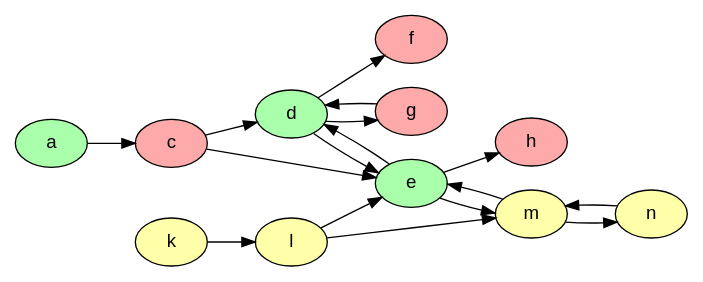
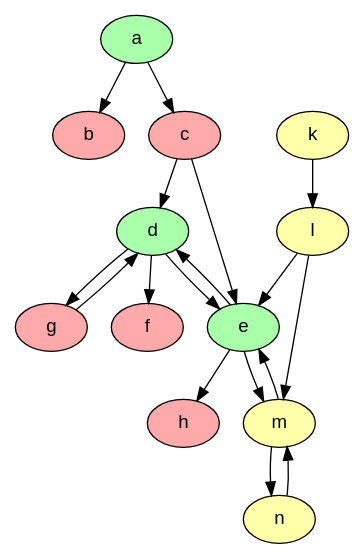
One commit to idaks/Games-and-Argumentation changed the diagram in lib/graphs/game_node_colored.dot. Above: the diagram before and after it, drawn with Graphviz. The commit also changed 26 other files, not shown here.

```diff
--- a/lib/graphs/game_node_colored.dot
+++ b/lib/graphs/game_node_colored.dot
@@ -1,23 +1,24 @@
 digraph G {
-  rankdir="LR"
+  rankdir="TB"
   node [shape=oval style=filled fontname=Helvetica fontsize=14]
-  node [fillcolor="#AAFFAA" fontcolor="#000000"] a d e;
-  node [fillcolor="#FFAAAA" fontcolor="#000000"] c f g h;
-  node [fillcolor="#FFFFAA" fontcolor="#000000"] k l m n;
+  node [fillcolor="#AAFFAA" fontcolor="#000000"] a d e
+  node [fillcolor="#FFAAAA" fontcolor="#000000"] c b f g h
+  node [fillcolor="#FFFFAA" fontcolor="#000000"] k l m n
     "a" -> "c"[dir=forward];
+    "a" -> "b"[dir=forward];
     "k" -> "l"[dir=forward];
     "c" -> "d"[dir=forward];
     "c" -> "e"[dir=forward];
     "l" -> "e"[dir=forward];
     "l" -> "m"[dir=forward];
     "d" -> "e"[dir=forward];
     "e" -> "d"[dir=forward];
     "e" -> "m"[dir=forward];
     "m" -> "e"[dir=forward];
     "d" -> "f"[dir=forward];
     "d" -> "g"[dir=forward];
     "g" -> "d"[dir=forward];
     "e" -> "h"[dir=forward];
     "m" -> "n"[dir=forward];
     "n" -> "m"[dir=forward];
 }
```
